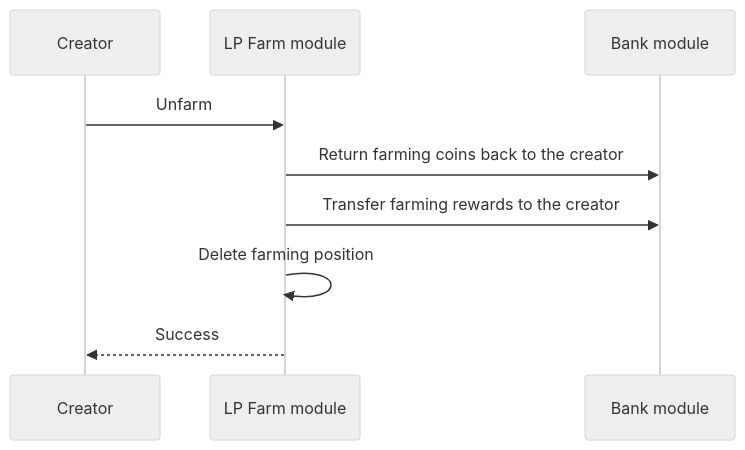
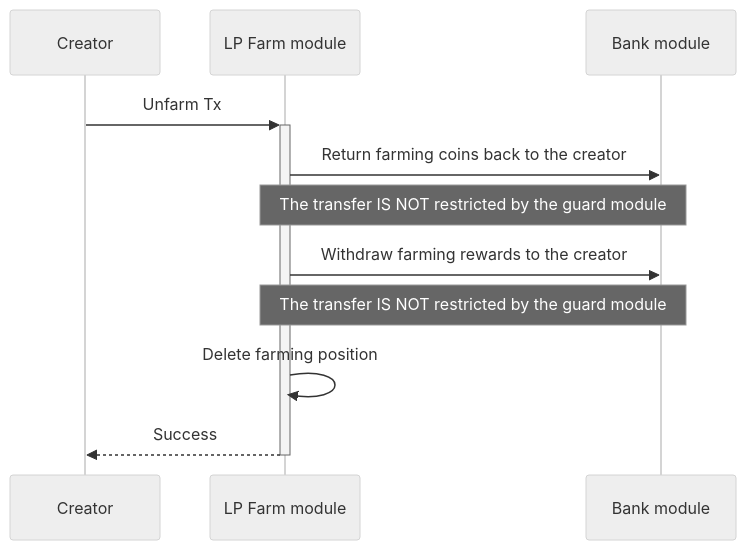
One commit to MANTRA-Chain/mantrachain changed the fourth of 5 diagrams in x/lpfarm/spec/07_txs_flows.md. Above: the diagram before and after it, drawn with Mermaid (neutral theme). The commit also changed other lines of this file and 12 other files, not shown here.

Commit message:
docs: add update txs flows docs

````diff
--- a/x/lpfarm/spec/07_txs_flows.md
+++ b/x/lpfarm/spec/07_txs_flows.md
@@ -50,8 +49,10 @@
 ```mermaid
 sequenceDiagram
-Creator ->> LP Farm module: Unfarm
+Creator->>+LP Farm module: Unfarm Tx
 LP Farm module->>Bank module: Return farming coins back to the creator
-LP Farm module->>Bank module: Transfer farming rewards to the creator
-LP Farm module->> LP Farm module: Delete farming position
-LP Farm module-->> Creator: Success
+Note over LP Farm module, Bank module: The transfer IS NOT restricted by the guard module
+LP Farm module->>Bank module: Withdraw farming rewards to the creator
+Note over LP Farm module, Bank module: The transfer IS NOT restricted by the guard module
+LP Farm module->>LP Farm module: Delete farming position
+LP Farm module-->>-Creator: Success
 ```
````
